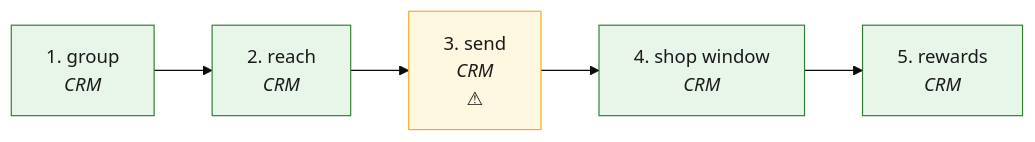
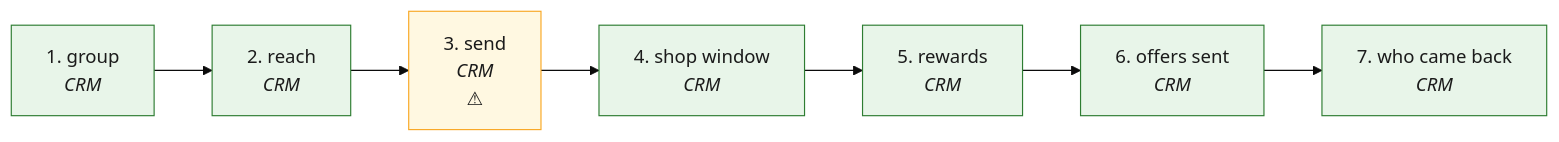
The diagram in docs/process/M2R.md (maharishia07/chitbridge-web), drawn with Mermaid (base theme) before and after one commit. The commit also changed other lines of this file and 23 other files, not shown here.

First line of the commit message:
Marketing face of the CRM page: Offers sent and Who came back (MKT first slice)

````diff
--- a/docs/process/M2R.md
+++ b/docs/process/M2R.md
@@ -7,14 +7,16 @@
 ```mermaid
 flowchart LR
   S1["1. group<br/><i>CRM</i>"]
   S2["2. reach<br/><i>CRM</i>"]
   S3["3. send<br/><i>CRM</i><br/>⚠"]
   S4["4. shop window<br/><i>CRM</i>"]
   S5["5. rewards<br/><i>CRM</i>"]
-  S1 --> S2 --> S3 --> S4 --> S5
+  S6["6. offers sent<br/><i>CRM</i>"]
+  S7["7. who came back<br/><i>CRM</i>"]
+  S1 --> S2 --> S3 --> S4 --> S5 --> S6 --> S7
   classDef ok fill:#e8f5e9,stroke:#2e7d32,color:#1b1b1b
   classDef warn fill:#fff8e1,stroke:#f9a825,color:#1b1b1b
   classDef missing fill:#fafafa,stroke:#9e9e9e,stroke-dasharray:5 5,color:#616161
-  class S1,S2,S4,S5 ok
+  class S1,S2,S4,S5,S6,S7 ok
   class S3 warn
 ```
````
